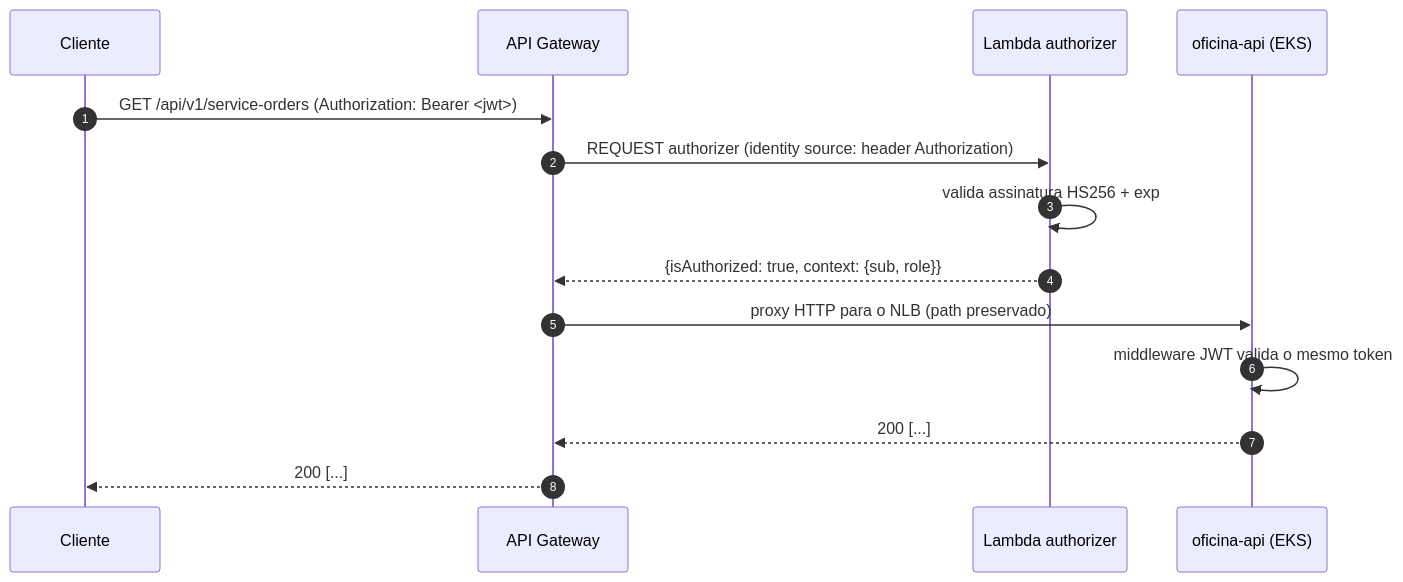
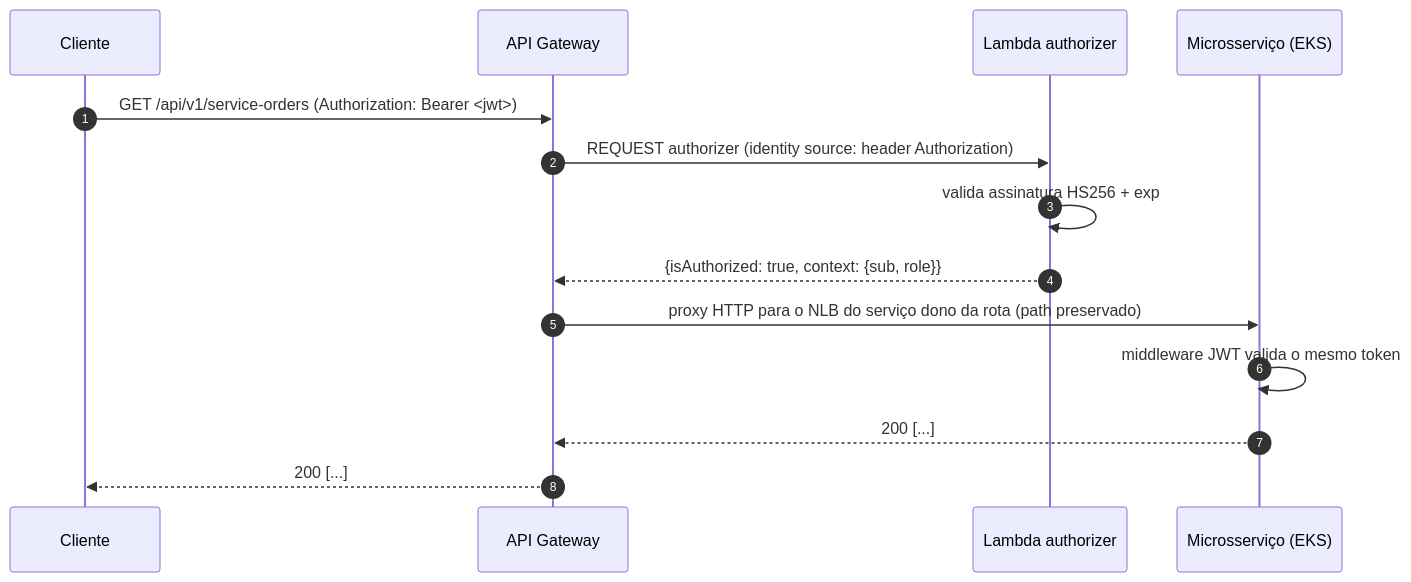
Before and after one commit to gaabriel165/oficina-lambda-auth: the second of 3 diagrams in README.md, drawn with Mermaid. The commit also changed other lines of this file, not shown here.

Commit message:
docs: describe the customer lookup over HTTP and the routes of the three microservices

````diff
--- a/README.md
+++ b/README.md
@@ -63,17 +82,17 @@
 ```mermaid
 sequenceDiagram
     autonumber
     participant C as Cliente
     participant GW as API Gateway
     participant A as Lambda authorizer
-    participant API as oficina-api (EKS)
+    participant API as Microsserviço (EKS)
 
     C->>GW: GET /api/v1/service-orders  (Authorization: Bearer <jwt>)
     GW->>A: REQUEST authorizer (identity source: header Authorization)
     A->>A: valida assinatura HS256 + exp
     A-->>GW: {isAuthorized: true, context: {sub, role}}
-    GW->>API: proxy HTTP para o NLB (path preservado)
+    GW->>API: proxy HTTP para o NLB do serviço dono da rota (path preservado)
     API->>API: middleware JWT valida o mesmo token
     API-->>GW: 200 [...]
     GW-->>C: 200 [...]
 ```
````
